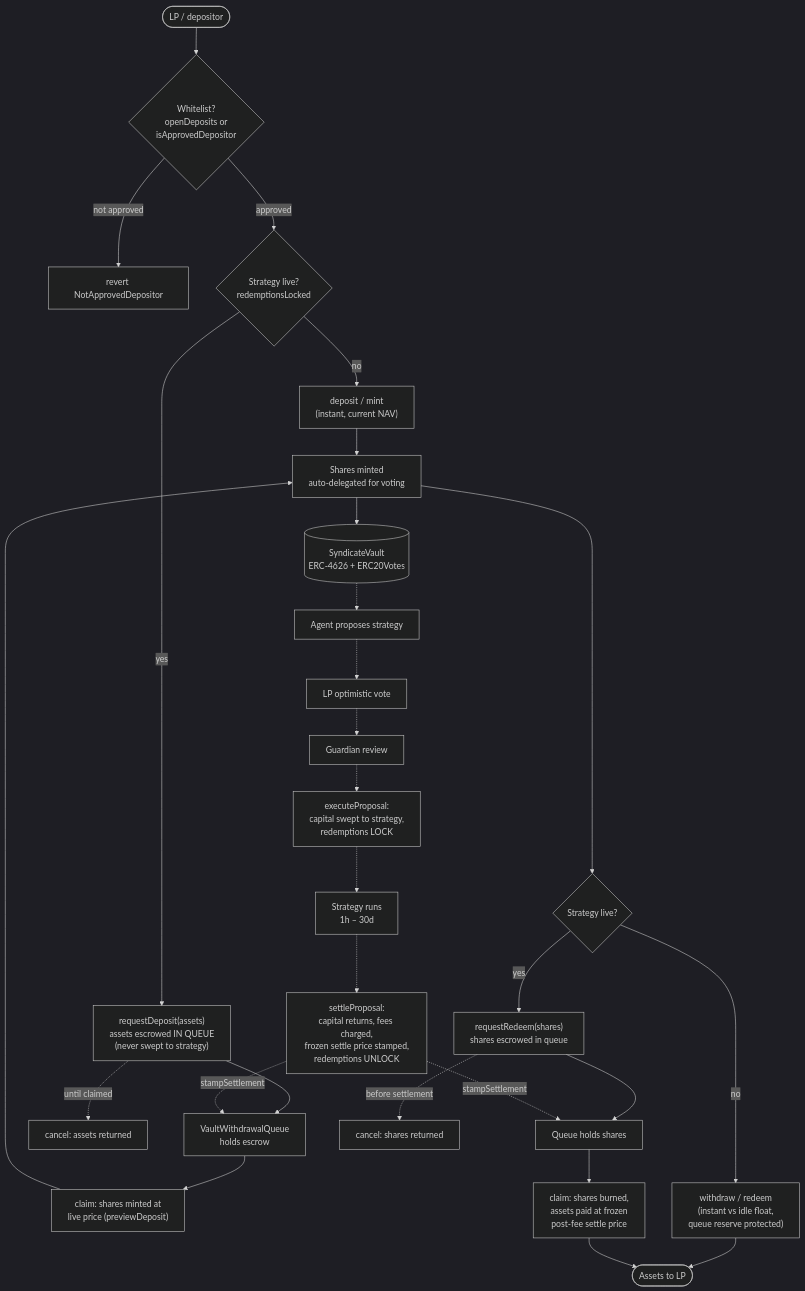
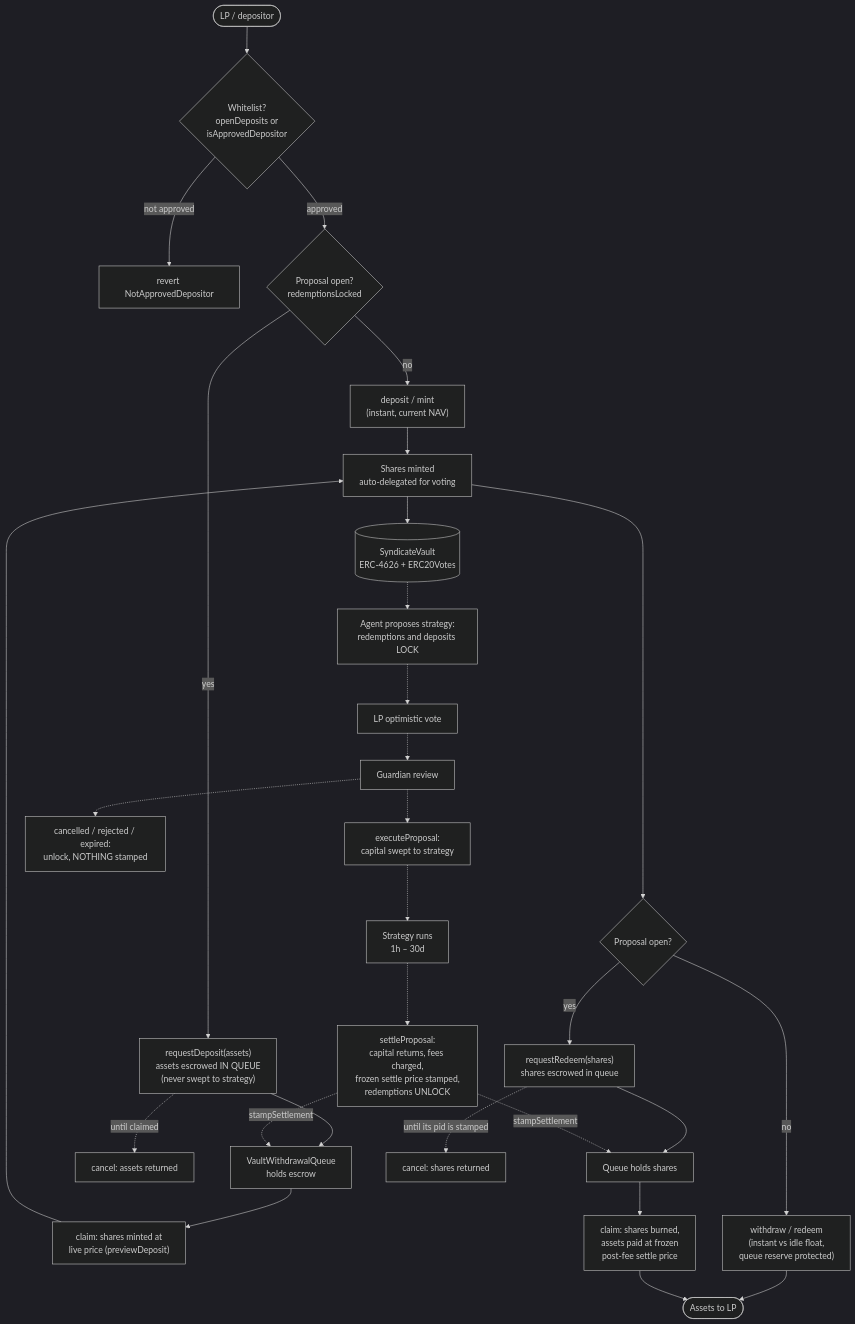
The diagram in docs/deposit-withdraw-flow.md (sherwoodagent/sherwood-protocol), drawn with Mermaid (dark theme) before and after one commit. The commit also changed other lines of this file and 6 other files, not shown here.

First line of the commit message:
docs: align guardian, runbook, LP-flow and overview docs with the deployed v1 code (SHE-372)

````diff
--- a/docs/deposit-withdraw-flow.md
+++ b/docs/deposit-withdraw-flow.md
@@ -9,40 +12,41 @@
 ```mermaid
 flowchart TD
     U([LP / depositor]) --> W{Whitelist?\nopenDeposits or\nisApprovedDepositor}
     W -- not approved --> X1[revert NotApprovedDepositor]
-    W -- approved --> S{Strategy live?\nredemptionsLocked}
+    W -- approved --> S{Proposal open?\nredemptionsLocked}
 
     %% ---- instant path ----
     S -- no --> D1["deposit / mint\n(instant, current NAV)"]
     D1 --> SH[Shares minted\nauto-delegated for voting]
     SH --> V[(SyndicateVault\nERC-4626 + ERC20Votes)]
 
     %% ---- proposal lifecycle around the vault ----
-    V -.-> P1[Agent proposes strategy]
+    V -.-> P1[Agent proposes strategy:\nredemptions and deposits LOCK]
     P1 -.-> P2[LP optimistic vote]
     P2 -.-> P3[Guardian review]
-    P3 -.-> P4[executeProposal:\ncapital swept to strategy,\nredemptions LOCK]
+    P3 -.-> P4[executeProposal:\ncapital swept to strategy]
+    P3 -.-> PX[cancelled / rejected / expired:\nunlock, NOTHING stamped]
     P4 -.-> P5[Strategy runs\n1h – 30d]
     P5 -.-> P6[settleProposal:\ncapital returns, fees charged,\nfrozen settle price stamped,\nredemptions UNLOCK]
 
     %% ---- locked path: deposits ----
     S -- yes --> Q1["requestDeposit(assets)\nassets escrowed IN QUEUE\n(never swept to strategy)"]
     Q1 --> QW[VaultWithdrawalQueue\nholds escrow]
     P6 -. stampSettlement .-> QW
     QW --> C1["claim: shares minted at\nlive price (previewDeposit)"]
     C1 --> SH
     Q1 -. until claimed .-> C0[cancel: assets returned]
 
     %% ---- exit: instant ----
-    SH --> E{Strategy live?}
+    SH --> E{Proposal open?}
     E -- no --> E1["withdraw / redeem\n(instant vs idle float,\nqueue reserve protected)"]
     E1 --> OUT([Assets to LP])
 
     %% ---- exit: locked ----
     E -- yes --> E2["requestRedeem(shares)\nshares escrowed in queue"]
     E2 --> QW2[Queue holds shares]
     P6 -. stampSettlement .-> QW2
     QW2 --> E3["claim: shares burned,\nassets paid at frozen\npost-fee settle price"]
     E3 --> OUT
-    E2 -. before settlement .-> E0[cancel: shares returned]
+    E2 -. until its pid is stamped .-> E0[cancel: shares returned]
 ```
````
